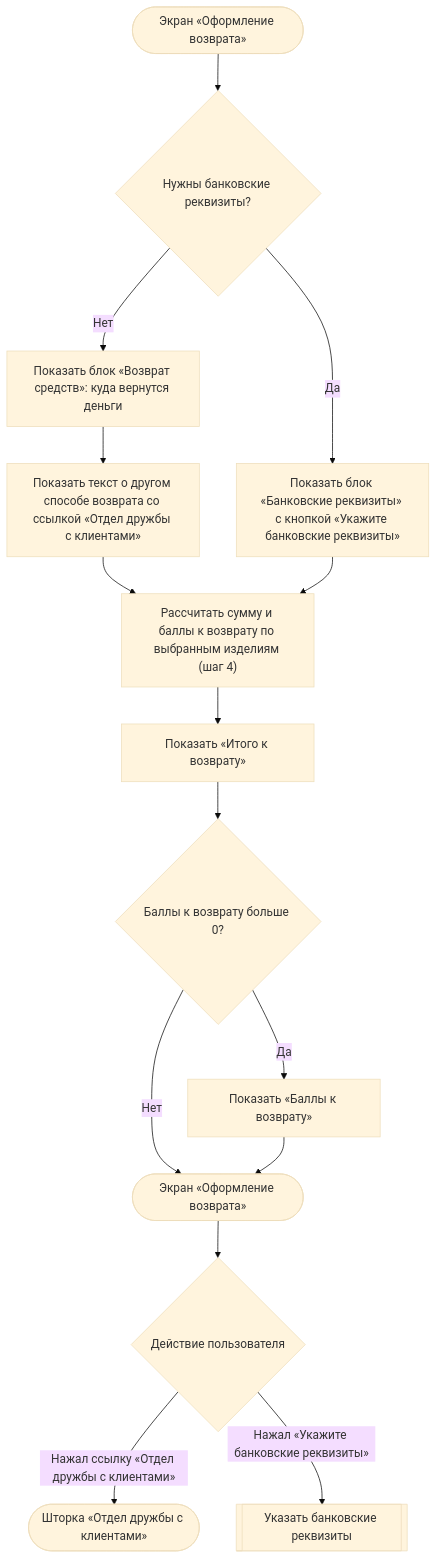
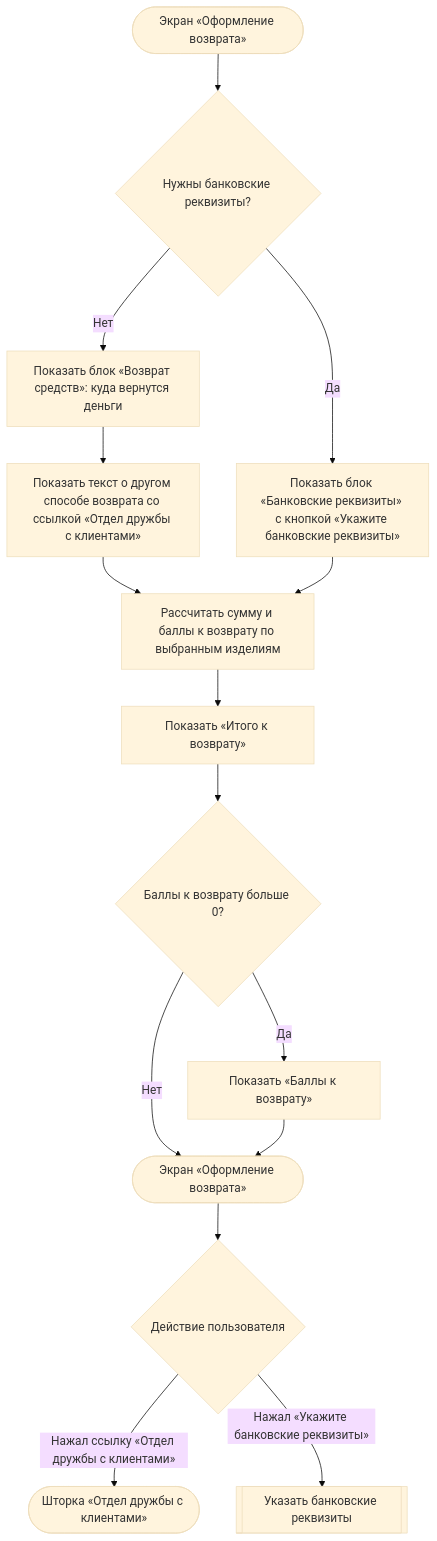
Before and after one commit to Terinss155/opencode-agents-analysis: diagram 15 of 26 in projects/returns-2.0/requirements/srs/srs-mobile-mvp.md, drawn with Mermaid (base theme). The commit also changed other lines of this file and 33 other files, not shown here.

````diff
--- a/projects/returns-2.0/requirements/srs/srs-mobile-mvp.md
+++ b/projects/returns-2.0/requirements/srs/srs-mobile-mvp.md
@@ -1059,17 +1036,17 @@
 ```mermaid
 flowchart TD
     S([Экран «Оформление возврата»]) --> A{"Нужны банковские реквизиты?"}
     A -->|Нет| B["Показать блок «Возврат средств»: куда вернутся деньги"]
     B --> B1["Показать текст о другом способе возврата со ссылкой «Отдел дружбы с клиентами»"]
     B1 --> T0
     A -->|Да| C["Показать блок «Банковские реквизиты» с кнопкой «Укажите банковские реквизиты»"]
-    C --> T0["Рассчитать сумму и баллы к возврату по выбранным изделиям (шаг 4)"]
+    C --> T0["Рассчитать сумму и баллы к возврату по выбранным изделиям"]
     T0 --> T["Показать «Итого к возврату»"]
     T --> P{"Баллы к возврату больше 0?"}
     P -->|Да| P1["Показать «Баллы к возврату»"]
     P -->|Нет| Z
     P1 --> Z([Экран «Оформление возврата»])
     Z --> L{"Действие пользователя"}
     L -->|Нажал ссылку «Отдел дружбы с клиентами»| W(["Шторка «Отдел дружбы с клиентами»"])
     L -->|Нажал «Укажите банковские реквизиты»| R[["Указать банковские реквизиты"]]
 ```
````
